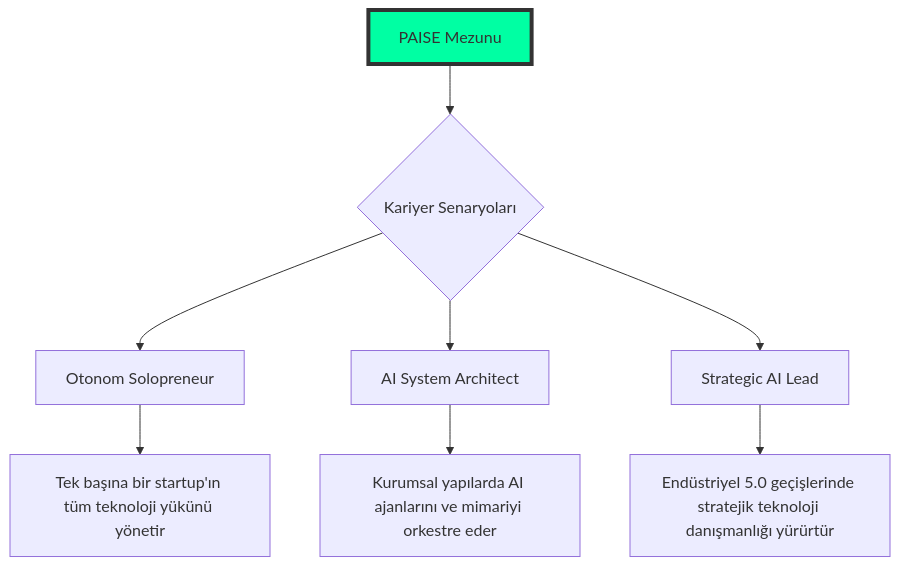
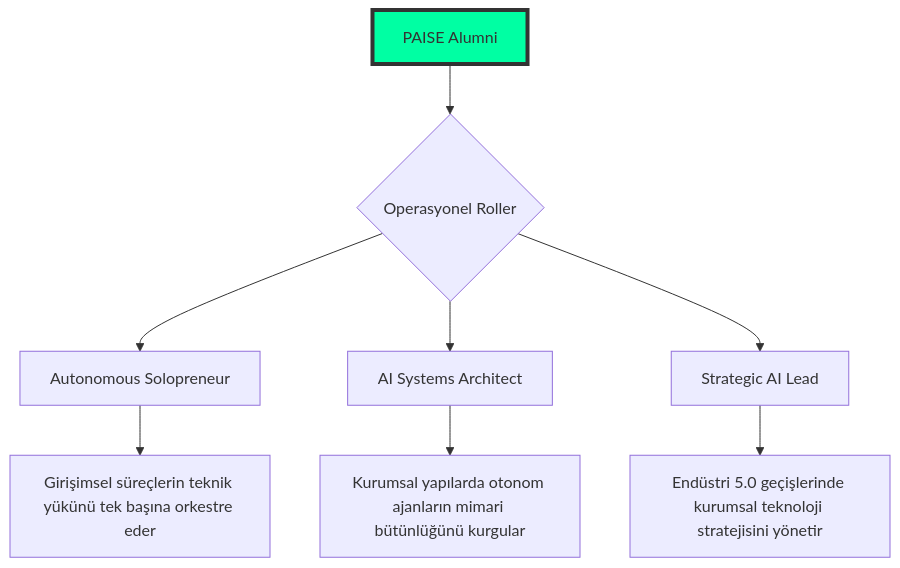
The diagram in README.md (arch-yunus/post-ai-swe), drawn with Mermaid before and after one commit. The commit also changed other lines of this file, not shown here.

````diff
--- a/README.md
+++ b/README.md
@@ -108,11 +104,11 @@
 ```mermaid
 graph TD
-    A[PAISE Mezunu] --> B{Kariyer Senaryoları}
-    B --> C[Otonom Solopreneur]
-    B --> D[AI System Architect]
+    A[PAISE Alumni] --> B{Operasyonel Roller}
+    B --> C[Autonomous Solopreneur]
+    B --> D[AI Systems Architect]
     B --> E[Strategic AI Lead]
-    C --> F[Tek başına bir startup'ın tüm teknoloji yükünü yönetir]
-    D --> G[Kurumsal yapılarda AI ajanlarını ve mimariyi orkestre eder]
-    E --> H[Endüstriyel 5.0 geçişlerinde stratejik teknoloji danışmanlığı yürürtür]
+    C --> F[Girişimsel süreçlerin teknik yükünü tek başına orkestre eder]
+    D --> G[Kurumsal yapılarda otonom ajanların mimari bütünlüğünü kurgular]
+    E --> H[Endüstri 5.0 geçişlerinde kurumsal teknoloji stratejisini yönetir]
     style A fill:#00FFA3,stroke:#333,stroke-width:4px
 ```
````
